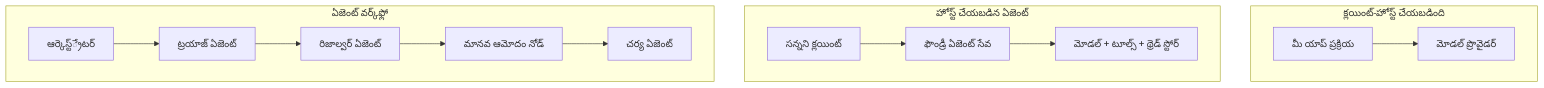
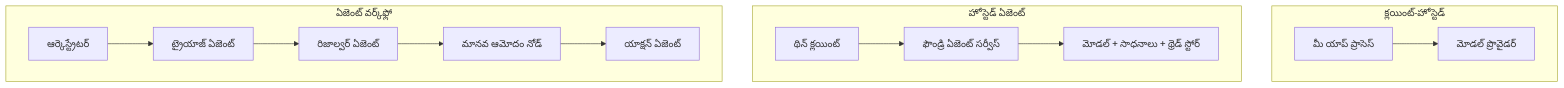
The first of 4 diagrams in mirrors/repos/microsoft@ai-agents-for-beginners/translations/te/16-deploying-scalable-agents/README.md (gabrielmoreira/agent-skills-mirror), drawn with Mermaid before and after one commit. The commit also changed other lines of this file and 4262 other files, not shown here.

````diff
--- a/mirrors/repos/microsoft@ai-agents-for-beginners/translations/te/16-deploying-scalable-agents/README.md
+++ b/mirrors/repos/microsoft@ai-agents-for-beginners/translations/te/16-deploying-scalable-agents/README.md
@@ -87,16 +87,16 @@
 ```mermaid
 flowchart TB
-    subgraph P1[క్లయింట్-హోస్ట్ చేయబడింది]
-        A1[మీ యాప్ ప్రక్రియ] --> M1[మోడల్ ప్రొవైడర్]
+    subgraph P1[క్లయింట్-హోస్టెడ్]
+        A1[మీ యాప్ ప్రాసెస్] --> M1[మోడల్ ప్రొవైడర్]
     end
-    subgraph P2[హోస్ట్ చేయబడిన ఏజెంట్]
-        A2[సన్నని క్లయింట్] --> F2[ఫౌండ్రీ ఏజెంట్ సేవ]
-        F2 --> M2[మోడల్ + టూల్స్ + థ్రెడ్ స్టోర్]
+    subgraph P2[హోస్టెడ్ ఏజెంట్]
+        A2[థిన్ క్లయింట్] --> F2[ఫౌండ్రి ఏజెంట్ సర్వీస్]
+        F2 --> M2[మోడల్ + సాధనాలు + థ్రెడ్ స్టోర్]
     end
     subgraph P3[ఏజెంట్ వర్క్‌ఫ్లో]
-        A3[ఆర్కెస్ట్‌్రేటర్] --> S1[ట్రయాజ్ ఏజెంట్]
+        A3[ఆర్కెస్ట్రేటర్] --> S1[ట్రైయాజ్ ఏజెంట్]
         S1 --> S2[రిజాల్వర్ ఏజెంట్]
         S2 --> H[మానవ ఆమోదం నోడ్]
-        H --> S3[చర్య ఏజెంట్]
+        H --> S3[యాక్షన్ ఏజెంట్]
     end
 ```
````
